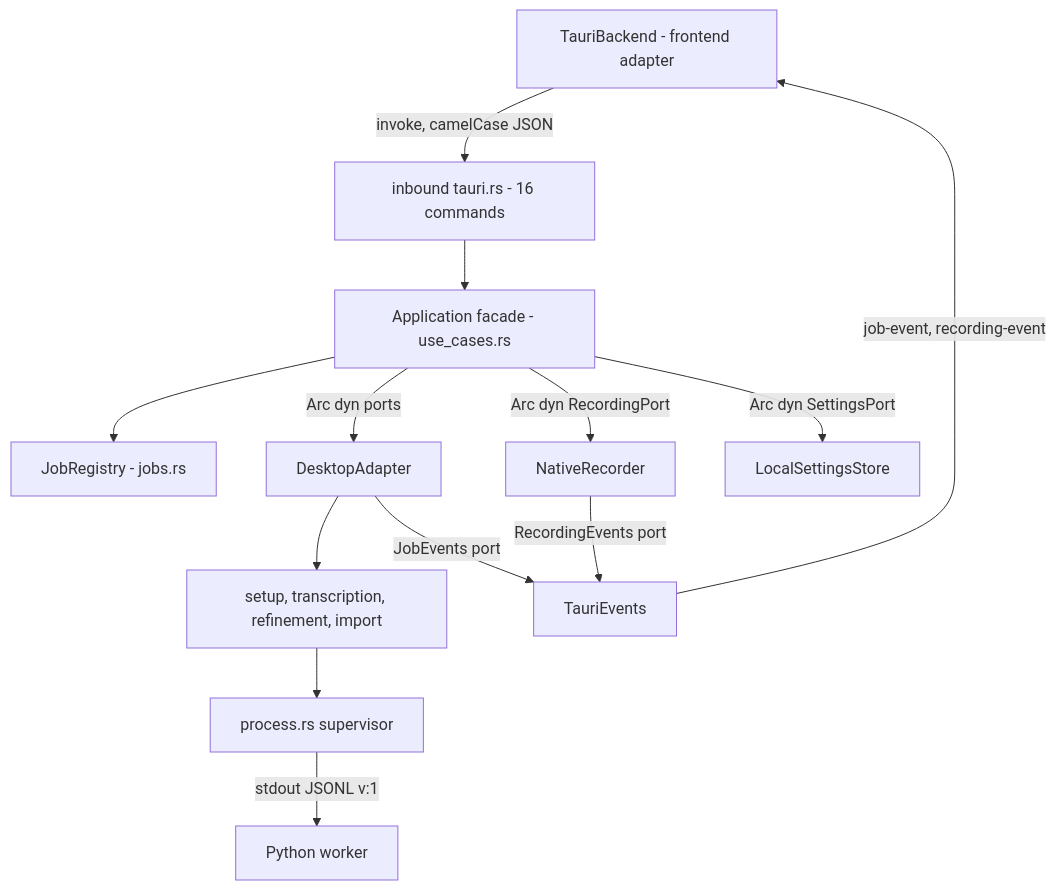
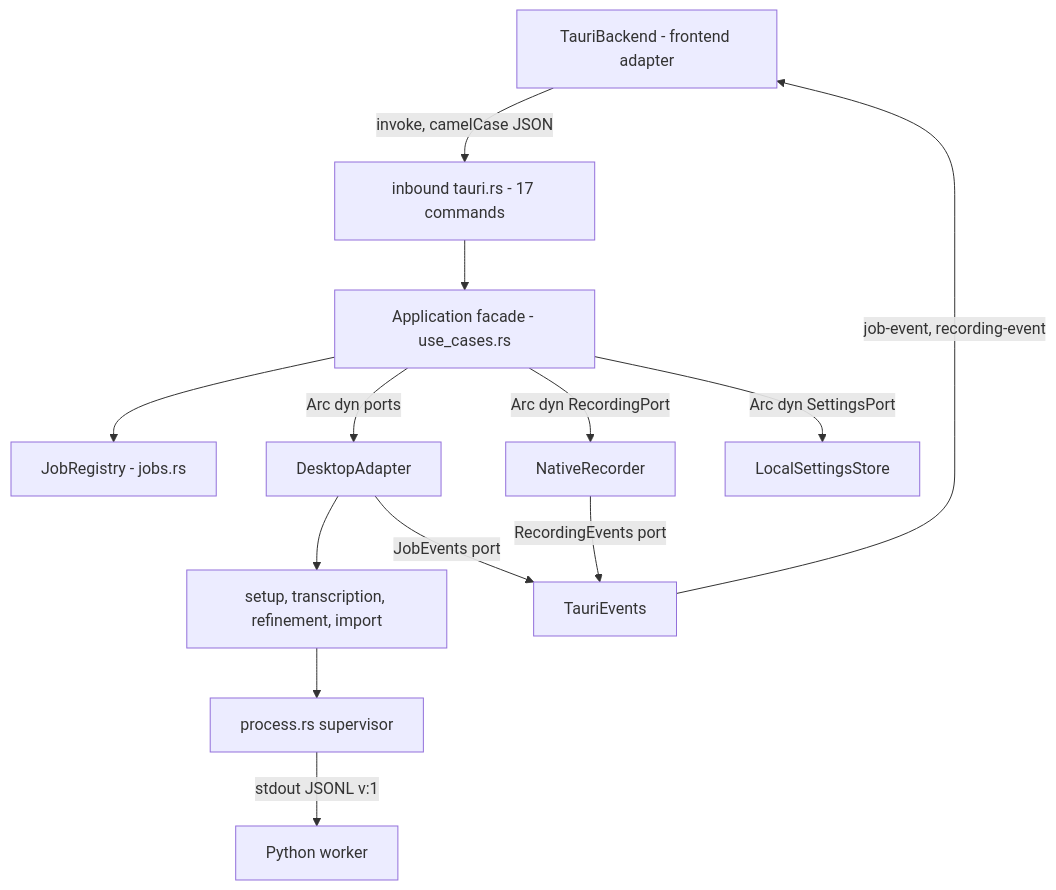
One commit to m16khb/galpi changed the first of 2 diagrams in openwiki/architecture/rust-host.md. Above: the diagram before and after it, drawn with Mermaid. The commit also changed other lines of this file and 39 other files, not shown here.

````diff
--- a/openwiki/architecture/rust-host.md
+++ b/openwiki/architecture/rust-host.md
@@ -124,15 +126,15 @@
 ```mermaid
 flowchart TD
-    FE["TauriBackend - frontend adapter"] -->|"invoke, camelCase JSON"| CMD["inbound tauri.rs - 16 commands"]
+    FE["TauriBackend - frontend adapter"] -->|"invoke, camelCase JSON"| CMD["inbound tauri.rs - 17 commands"]
     CMD --> APP["Application facade - use_cases.rs"]
     APP --> JOBS["JobRegistry - jobs.rs"]
     APP -->|"Arc dyn ports"| DA["DesktopAdapter"]
     APP -->|"Arc dyn RecordingPort"| NR["NativeRecorder"]
     APP -->|"Arc dyn SettingsPort"| LS["LocalSettingsStore"]
     DA --> MODS["setup, transcription, refinement, import"]
     MODS --> PROC["process.rs supervisor"]
     PROC -->|"stdout JSONL v:1"| W["Python worker"]
     DA -->|"JobEvents port"| EV["TauriEvents"]
     NR -->|"RecordingEvents port"| EV
     EV -->|"job-event, recording-event"| FE
 ```
````
